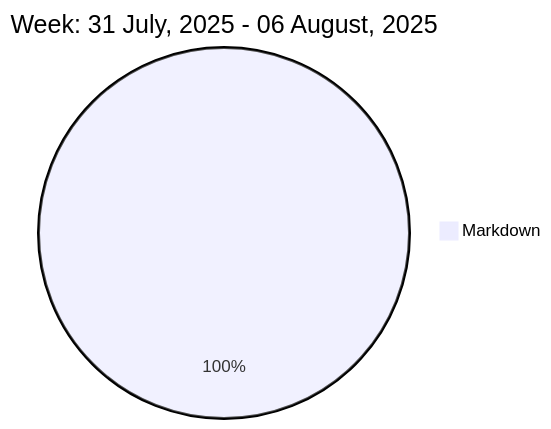
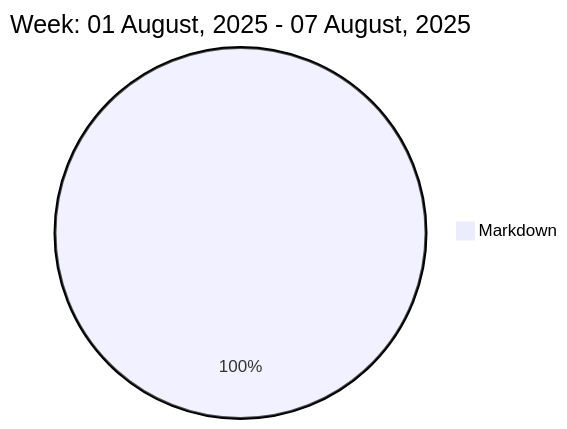
Before and after one commit to liubin95/liubin95: the diagram in README.md, drawn with Mermaid.

Commit message:
Updated the Graph with new Metrics

````diff
--- a/README.md
+++ b/README.md
@@ -37,5 +37,5 @@
 ```mermaid
  pie
-title Week: 31 July, 2025 - 06 August, 2025
- "Markdown" : 1.6
+title Week: 01 August, 2025 - 07 August, 2025
+ "Markdown" : 1.68
 ```
````
